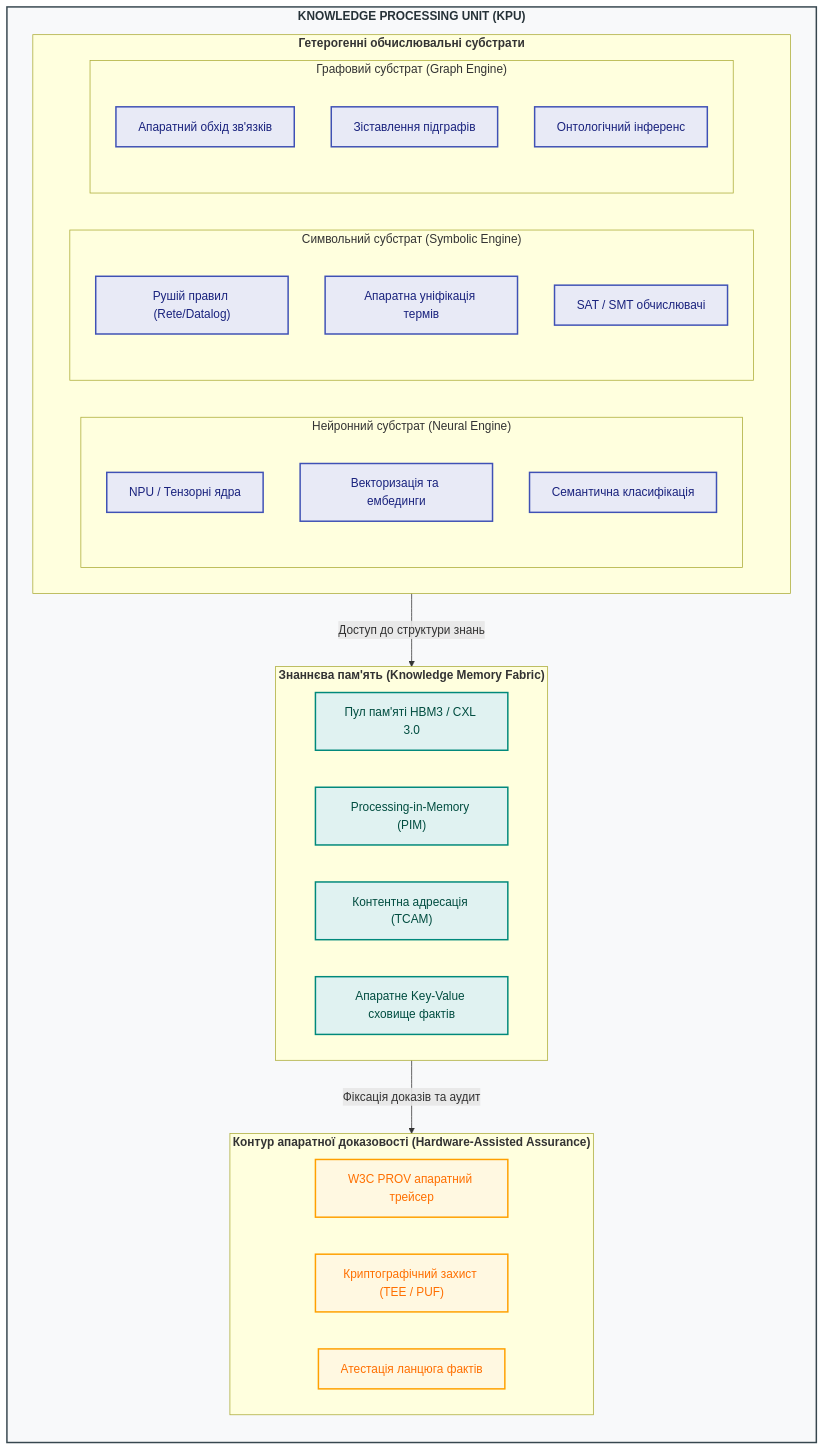
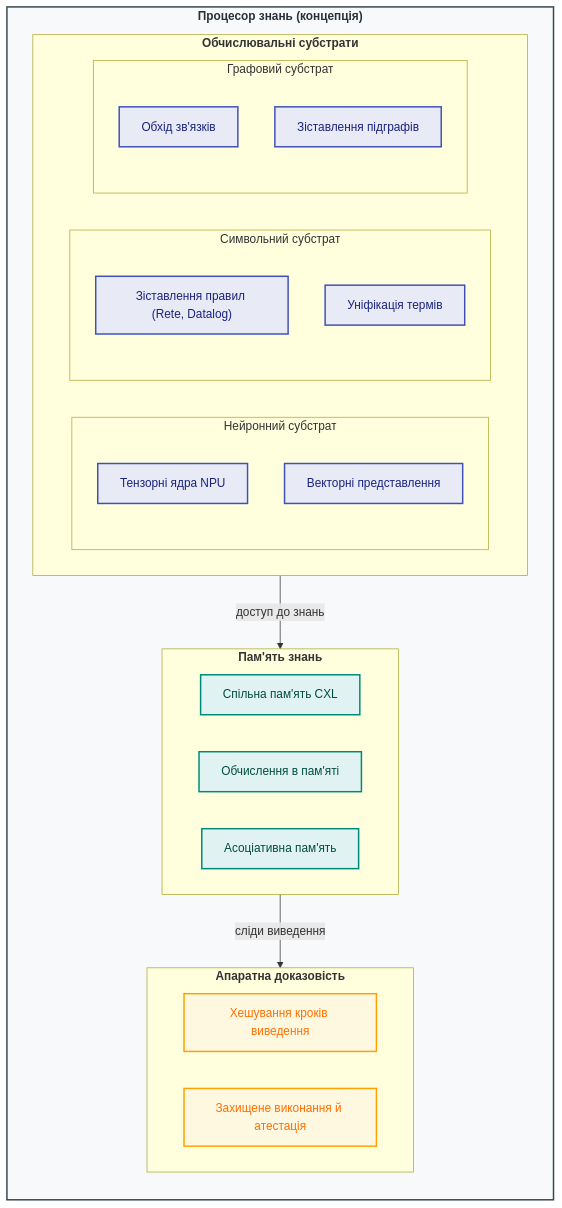
Before and after one commit to nick-fedchik/articles: the sixth of 7 diagrams in ExpertSystem/ch18-execution-infrastructure.md, drawn with Mermaid. The commit also changed other lines of this file, not shown here.

````diff
--- a/ExpertSystem/ch18-execution-infrastructure.md
+++ b/ExpertSystem/ch18-execution-infrastructure.md
@@ -328,62 +372,54 @@
 ```mermaid
 flowchart TB
-    accTitle: Архітектурна модель Knowledge Processing Unit (KPU)
-    accDescr: Три обчислювальні субстрати KPU - нейронний рушій, символьний рушій та рушій графа знань із шаром пам'яті та апаратного аудиту.
+    accTitle: Концептуальна модель процесора знань
+    accDescr: Нейронний, символьний і графовий субстрати звертаються до спільної пам'яті знань, а рівень апаратної доказовості фіксує сліди виведення.
 
-    subgraph KPU["<b>KNOWLEDGE PROCESSING UNIT (KPU)</b>"]
+    subgraph KPU["<b>Процесор знань (концепція)</b>"]
         direction TB
 
-        subgraph Substrates["<b>Гетерогенні обчислювальні субстрати</b>"]
+        subgraph Substrates["<b>Обчислювальні субстрати</b>"]
             direction LR
-
-            subgraph NeuralCore["Нейронний субстрат (Neural Engine)"]
+            subgraph NeuralCore["Нейронний субстрат"]
                 direction TB
-                N1["NPU / Тензорні ядра"]
-                N2["Векторизація та ембединги"]
-                N3["Семантична класифікація"]
+                N1["Тензорні ядра NPU"]
+                N2["Векторні представлення"]
             end
-
-            subgraph SymbolicCore["Символьний субстрат (Symbolic Engine)"]
+            subgraph SymbolicCore["Символьний субстрат"]
                 direction TB
-                S1["Рушій правил (Rete/Datalog)"]
-                S2["Апаратна уніфікація термів"]
-                S3["SAT / SMT обчислювачі"]
+                S1["Зіставлення правил (Rete, Datalog)"]
+                S2["Уніфікація термів"]
             end
-
-            subgraph GraphCore["Графовий субстрат (Graph Engine)"]
+            subgraph GraphCore["Графовий субстрат"]
                 direction TB
-                G1["Апаратний обхід зв'язків"]
+                G1["Обхід зв'язків"]
                 G2["Зіставлення підграфів"]
-                G3["Онтологічний інференс"]
             end
         end
 
-        subgraph MemLayer["<b>Знаннєва пам'ять (Knowledge Memory Fabric)</b>"]
+        subgraph MemLayer["<b>Пам'ять знань</b>"]
             direction LR
-            M1["Пул пам'яті HBM3 / CXL 3.0"]
-            M2["Processing-in-Memory (PIM)"]
-            M3["Контентна адресація (TCAM)"]
-            M4["Апаратне Key-Value сховище фактів"]
+            M1["Спільна пам'ять CXL"]
+            M2["Обчислення в пам'яті"]
+            M3["Асоціативна пам'ять"]
         end
 
-        subgraph TraceLayer["<b>Контур апаратної доказовості (Hardware-Assisted Assurance)</b>"]
+        subgraph TraceLayer["<b>Апаратна доказовість</b>"]
             direction LR
-            T1["W3C PROV апаратний трейсер"]
-            T2["Криптографічний захист (TEE / PUF)"]
-            T3["Атестація ланцюга фактів"]
+            T1["Хешування кроків виведення"]
+            T2["Захищене виконання й атестація"]
         end
 
-        Substrates -->|"Доступ до структури знань"| MemLayer
-        MemLayer -->|"Фіксація доказів та аудит"| TraceLayer
+        Substrates -->|"доступ до знань"| MemLayer
+        MemLayer -->|"сліди виведення"| TraceLayer
     end
 
     classDef kpuBox fill:#f8f9fa,stroke:#37474f,stroke-width:2px,color:#263238;
     classDef subCore fill:#e8eaf6,stroke:#3f51b5,stroke-width:2px,color:#1a237e;
     classDef memCore fill:#e0f2f1,stroke:#00897b,stroke-width:2px,color:#004d40;
     classDef traceCore fill:#fff8e1,stroke:#ffa000,stroke-width:2px,color:#ff6f00;
 
     class KPU kpuBox;
-    class N1,N2,N3,S1,S2,S3,G1,G2,G3 subCore;
-    class M1,M2,M3,M4 memCore;
-    class T1,T2,T3 traceCore;
+    class N1,N2,S1,S2,G1,G2 subCore;
+    class M1,M2,M3 memCore;
+    class T1,T2 traceCore;
 ```
````
